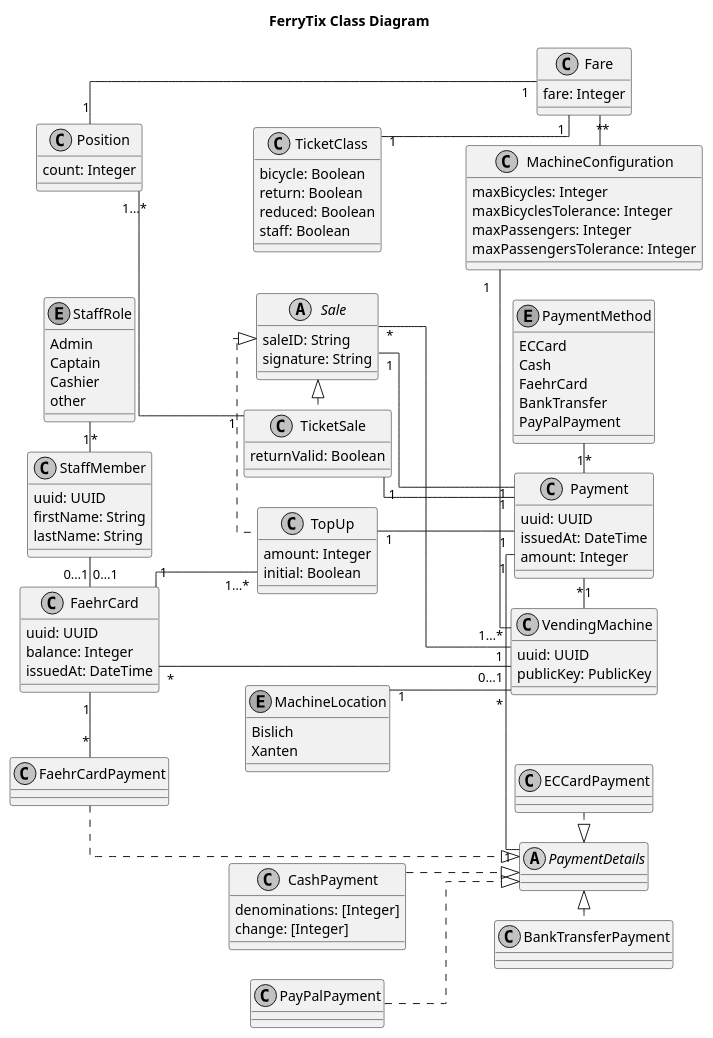
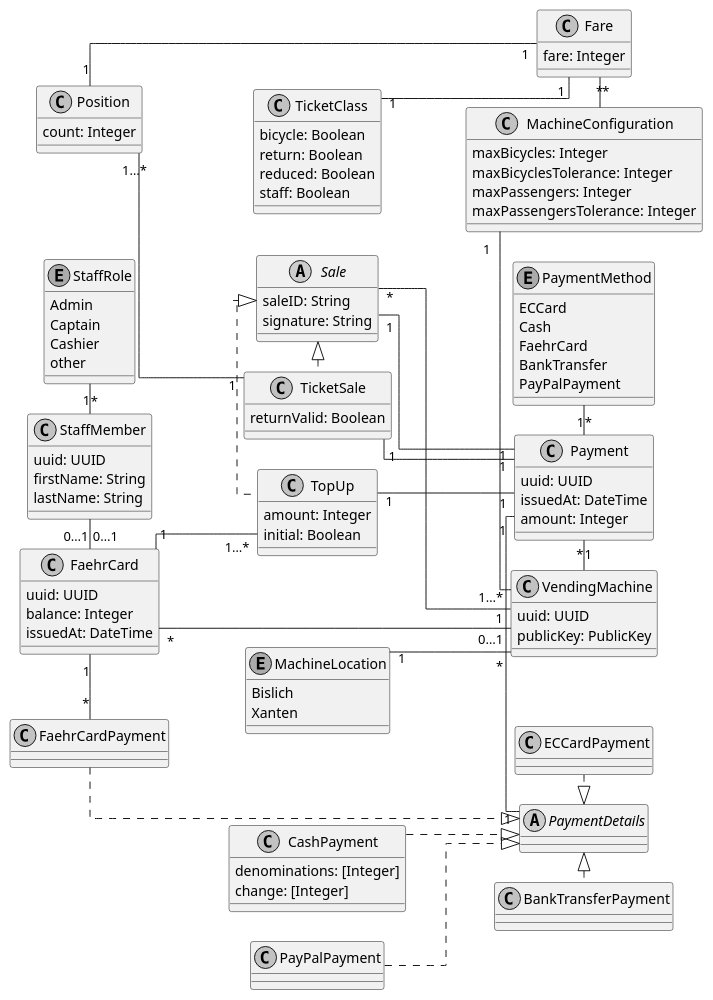
One commit to FerryTix/diagrams changed the diagram in src/class_diagram.puml. Above: the diagram before and after it, drawn with PlantUML. The commit also changed 1 other file, not shown here.

```diff
--- a/src/class_diagram.puml
+++ b/src/class_diagram.puml
@@ -1,186 +1,186 @@
 @startuml
 skinparam linetype ortho
 left to right direction
 skinparam nodesep 30
-title: FerryTix Class Diagram
+'title: FerryTix Class Diagram
 skinparam monochrome true
 
 abstract class PaymentDetails
 
 class FaehrCardPayment {
     ' uuid: UUID
 }
 FaehrCardPayment .|> PaymentDetails
 FaehrCardPayment "*" -left- "1" FaehrCard
 
 class CashPayment {
     denominations: [Integer]
     change: [Integer]
 }
 
 CashPayment ..|> PaymentDetails
 
 class ECCardPayment {
 
 }
 
 ECCardPayment .|> PaymentDetails
 
 class BankTransferPayment {
 
 }
 
 BankTransferPayment .up|> PaymentDetails
 
 class PayPalPayment {
 
 }
 
 PayPalPayment ..|> PaymentDetails
 
 class Payment {
     'issuedBy: Union<null, VendingMachine>
     uuid: UUID
     issuedAt: DateTime
     amount: Integer
     'details: PaymentDetails
     'method: PaymentMethod
 }
 
 enum PaymentMethod {
     ECCard
     Cash
     FaehrCard
     BankTransfer
     PayPalPayment
 }
 
 PaymentMethod "1" - "*" Payment
 Payment "1" - "1" PaymentDetails
 Payment "*" - "1" VendingMachine
 
 class TicketSale {
     returnValid: Boolean
     ' from: MachineLocation
     'positions: [Position]
 }
 
 class Position {
     ' fare: Fare
     count: Integer
 }
 
 Position "1" - "1" Fare
 Position "1…*" -- "1" TicketSale
 
 TicketSale "1" -- "1" Payment
 
 class TicketClass {
     bicycle: Boolean
     return: Boolean
     reduced: Boolean
     staff: Boolean
 }
 
 abstract class Sale {
     saleID: String
     'signedBy: VendingMachine
     signature: String
     'payment: Payment
 }
 
 TicketSale .left.|> Sale
 TopUp .up|> Sale
 Sale "1" - "1" Payment
 Sale "*" - "1" VendingMachine
 
 class TopUp {
     'for: FaehrCard
     amount: Integer
     initial: Boolean
 }
 
 TopUp "1" -- "1" Payment
 FaehrCard "1" -- "1…*" TopUp
 
 class StaffMember {
     uuid: UUID
     firstName: String
     lastName: String
     'role: StaffRole
 }
 
 StaffMember "*" -up "1" StaffRole
 
 enum StaffRole {
     Admin
     Captain
     Cashier
     other
 }
 
 class FaehrCard {
     uuid: UUID
     ' ownedBy: Union<null, StaffMember>
     balance: Integer
     issuedAt: DateTime
     ' issuedBy: Union<null, VendingMachine>
 }
 
 FaehrCard "0…1" -up "0…1" StaffMember
 FaehrCard "*" -- "0…1" VendingMachine
 
 class MachineConfiguration {
     'forMachine: VendingMachine
     maxBicycles: Integer
     maxBicyclesTolerance: Integer
     maxPassengers: Integer
     maxPassengersTolerance: Integer
     'fares: [Fare]
 }
 
 MachineConfiguration "1" - "1…*" VendingMachine
 MachineConfiguration "*" -up "*" Fare
 
 class Fare {
     ' ticketClass: TicketClass
     fare: Integer
 }
 
 TicketClass "1" -- "1" Fare
 
 ' enum MachineCommand {
 '     setSignalRed
 '     setSignalGreen
 '     stopVending
 '     startVending
 ' }
 
 enum MachineLocation {
     Bislich
     Xanten
 }
 
 class VendingMachine {
     uuid: UUID
     publicKey: PublicKey
     'location: MachineLocation
 }
 
 MachineLocation "1" -- "*" VendingMachine
 
 ' class MachineStatus {
 '     vending: Boolean
 '     waiting: [WaitingPassenger]
 ' }
 
 'WaitingPassenger <- MachineStatus
 
 ' class WaitingPassenger {
 '     ticketClass: TicketClass
 '     waitingSince: DateTime
 ' }
 '
 ' WaitingPassenger --> TicketClass
 
 @enduml
```
